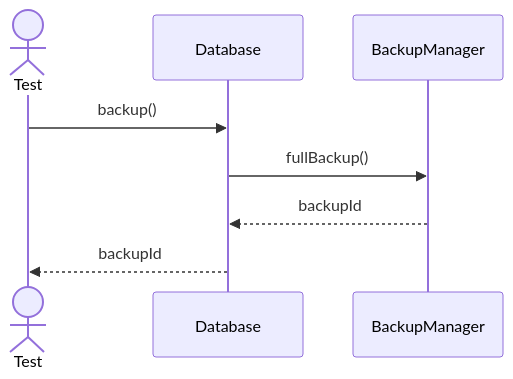
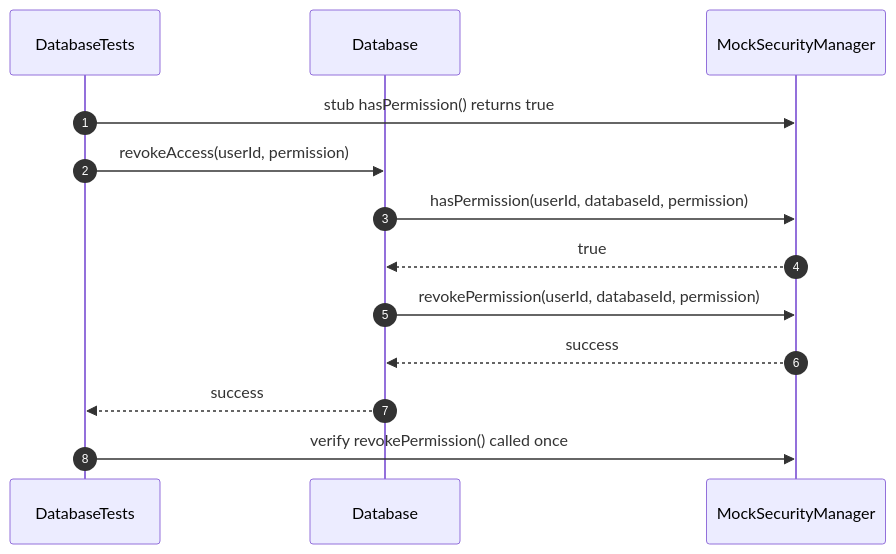
One commit to FhuAnn/-bbv-AN-s-DBMS changed diagram 14 of 25 in src/tests/unit/database/sequences/database-testing.se.md. Above: the diagram before and after it, drawn with Mermaid. The commit also changed other lines of this file and 28 other files, not shown here.

Commit message:
edit db sequence, dbtest

````diff
--- a/src/tests/unit/database/sequences/database-testing.se.md
+++ b/src/tests/unit/database/sequences/database-testing.se.md
@@ -219,11 +336,21 @@
 ```mermaid
 sequenceDiagram
-actor Test
-participant Database
-participant BackupManager
+    autonumber
 
-Test->>Database: backup()
-Database->>BackupManager: fullBackup()
-BackupManager-->>Database: backupId
-Database-->>Test: backupId
+    participant Test as DatabaseTests
+    participant Database
+    participant Security as MockSecurityManager
+
+    Test->>Security: stub hasPermission() returns true
+    Test->>Database: revokeAccess(userId, permission)
+
+    Database->>Security: hasPermission(userId, databaseId, permission)
+    Security-->>Database: true
+
+    Database->>Security: revokePermission(userId, databaseId, permission)
+    Security-->>Database: success
+
+    Database-->>Test: success
+
+    Test->>Security: verify revokePermission() called once
 ```
````
